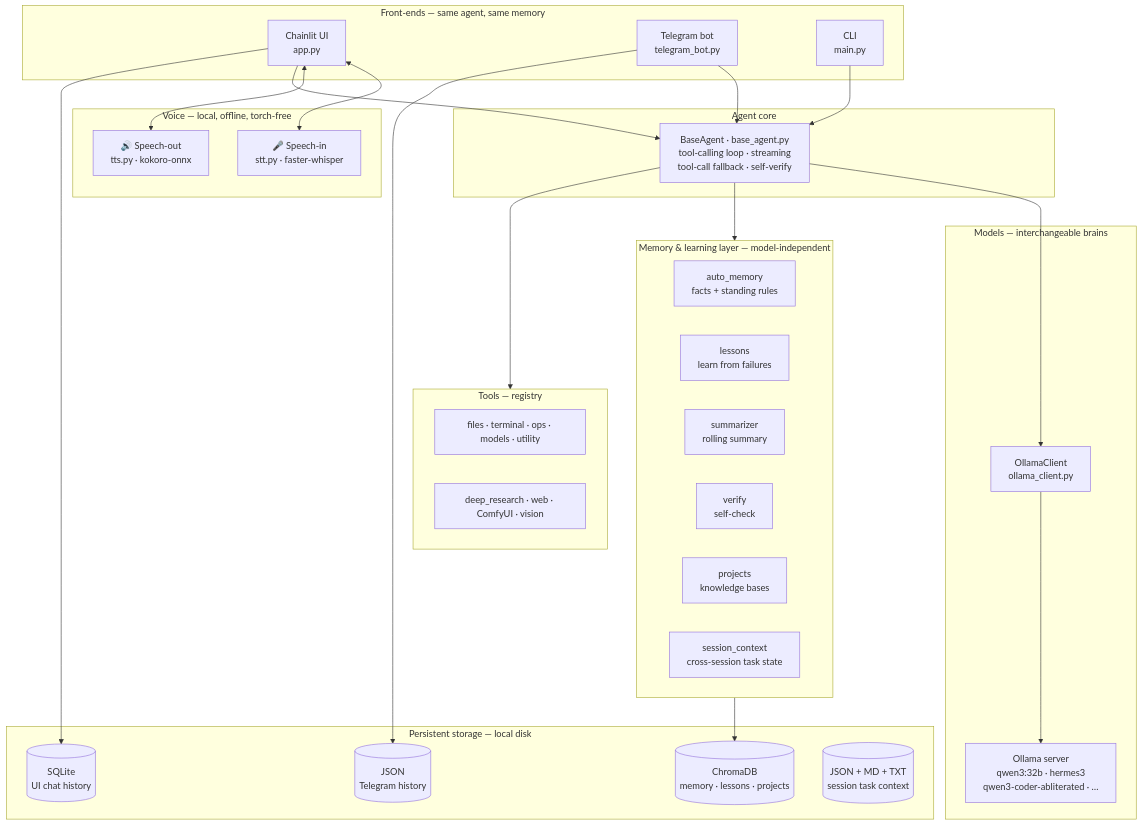
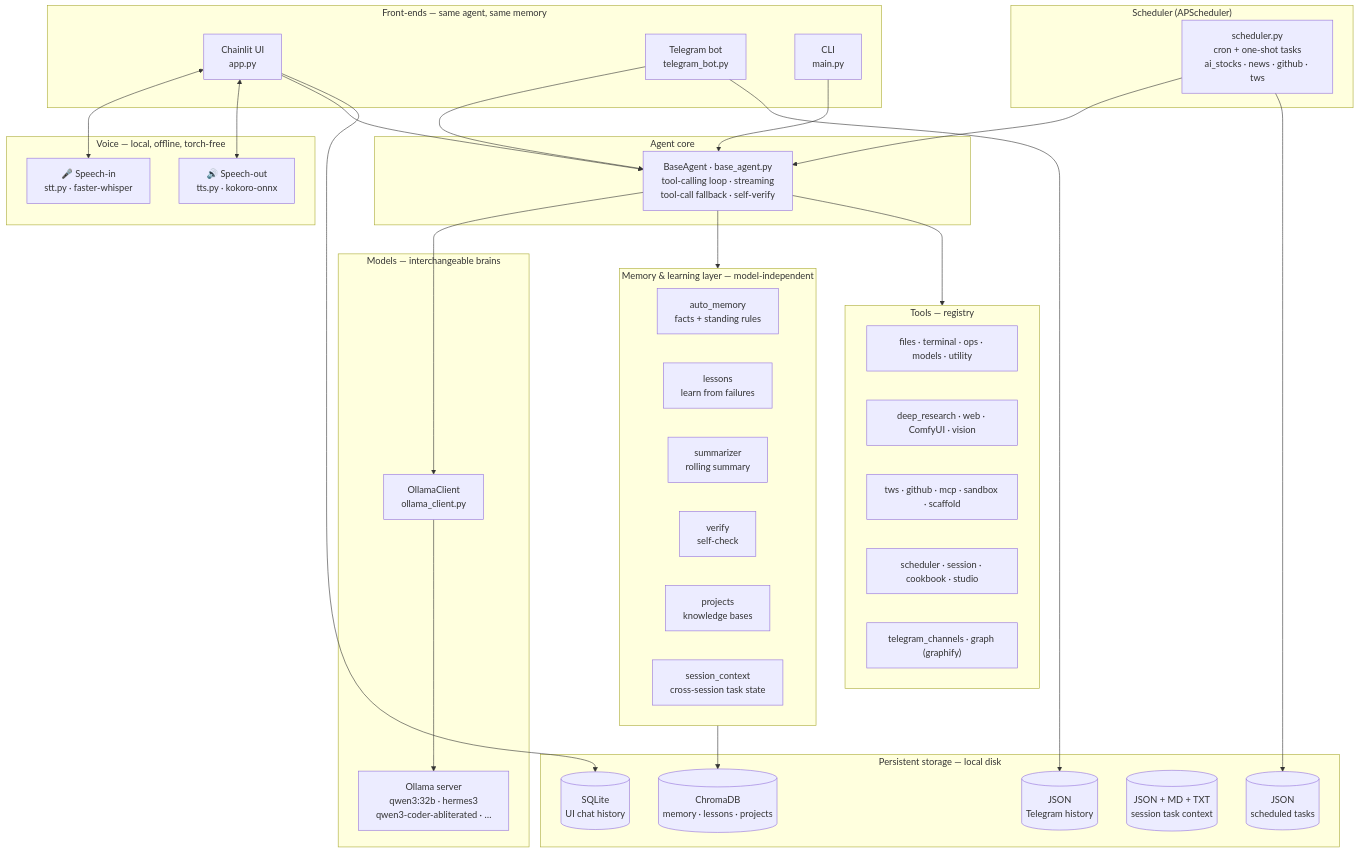
Before and after one commit to shkomig/Zero_agent_2026: the first of 3 diagrams in ARCHITECTURE.md, drawn with Mermaid. The commit also changed other lines of this file, not shown here.

First line of the commit message:
docs: update ARCHITECTURE.md — scheduler, TWS, file upload, all new modules

````diff
--- a/ARCHITECTURE.md
+++ b/ARCHITECTURE.md
@@ -15,57 +15,68 @@
 ```mermaid
 flowchart TB
     subgraph FE["Front-ends — same agent, same memory"]
         UI["Chainlit UI<br/>app.py"]
         TG["Telegram bot<br/>telegram_bot.py"]
         CLI["CLI<br/>main.py"]
     end
 
     subgraph VOICE["Voice — local, offline, torch-free"]
         STT["🎤 Speech-in<br/>stt.py · faster-whisper"]
         TTS["🔊 Speech-out<br/>tts.py · kokoro-onnx"]
     end
 
     subgraph CORE["Agent core"]
         AGENT["BaseAgent · base_agent.py<br/>tool-calling loop · streaming<br/>tool-call fallback · self-verify"]
     end
 
     subgraph WRAP["Memory & learning layer — model-independent"]
         MEM["auto_memory<br/>facts + standing rules"]
         LES["lessons<br/>learn from failures"]
         SUM["summarizer<br/>rolling summary"]
         VER["verify<br/>self-check"]
         PROJ["projects<br/>knowledge bases"]
         SES["session_context<br/>cross-session task state"]
     end
 
     subgraph MODELS["Models — interchangeable brains"]
         OLL["OllamaClient<br/>ollama_client.py"]
         SRV["Ollama server<br/>qwen3:32b · hermes3<br/>qwen3-coder-abliterated · …"]
     end
 
     subgraph TOOLS["Tools — registry"]
         T1["files · terminal · ops · models · utility"]
         T2["deep_research · web · ComfyUI · vision"]
+        T3["tws · github · mcp · sandbox · scaffold"]
+        T4["scheduler · session · cookbook · studio"]
+        T5["telegram_channels · graph (graphify)"]
+    end
+
+    subgraph SCHED["Scheduler (APScheduler)"]
+        SCH["scheduler.py<br/>cron + one-shot tasks<br/>ai_stocks · news · github · tws"]
     end
 
     subgraph STORE["Persistent storage — local disk"]
         CHROMA[("ChromaDB<br/>memory · lessons · projects")]
         SQLITE[("SQLite<br/>UI chat history")]
         TGJSON[("JSON<br/>Telegram history")]
         SESJSON[("JSON + MD + TXT<br/>session task context")]
+        TASKJSON[("JSON<br/>scheduled tasks")]
     end
 
     UI <--> STT
     UI <--> TTS
     UI --> AGENT
     TG --> AGENT
     CLI --> AGENT
 
     AGENT --> WRAP
     AGENT --> OLL --> SRV
     AGENT --> TOOLS
 
+    SCH --> AGENT
+    SCH --> TASKJSON
+
     WRAP --> CHROMA
     UI --> SQLITE
     TG --> TGJSON
 ```
````
